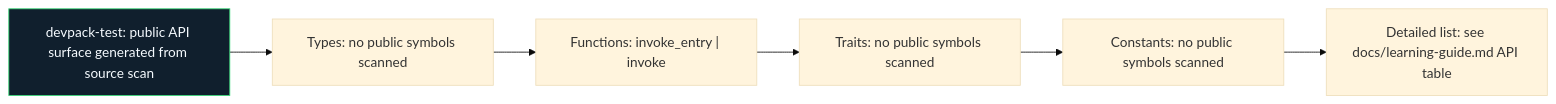
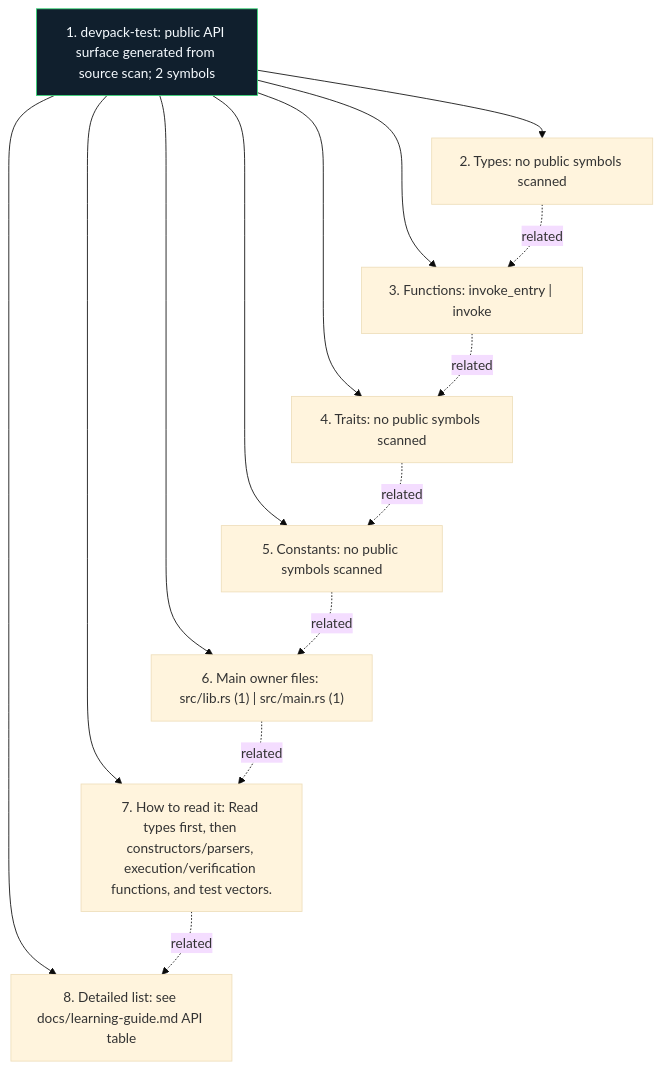
The diagram in examples/devpack-test/docs/figures/api-surface.mmd (r3e-network/neo-riscv-vm), drawn with Mermaid (base theme) before and after one commit. The commit also changed 571 other files, not shown here.

Commit message:
Deepen crate diagrams with source-aware atlas

```diff
--- a/examples/devpack-test/docs/figures/api-surface.mmd
+++ b/examples/devpack-test/docs/figures/api-surface.mmd
@@ -1,14 +1,24 @@
-flowchart LR
-    N1["devpack-test: public API surface generated from source scan"]
-    N2["Types: no public symbols scanned"]
-    N3["Functions: invoke_entry | invoke"]
-    N4["Traits: no public symbols scanned"]
-    N5["Constants: no public symbols scanned"]
-    N6["Detailed list: see docs/learning-guide.md API table"]
+flowchart TB
+    N1["1. devpack-test: public API surface generated from source scan; 2 symbols"]
+    N2["2. Types: no public symbols scanned"]
+    N3["3. Functions: invoke_entry | invoke"]
+    N4["4. Traits: no public symbols scanned"]
+    N5["5. Constants: no public symbols scanned"]
+    N6["6. Main owner files: src/lib.rs (1) | src/main.rs (1)"]
+    N7["7. How to read it: Read types first, then constructors/parsers, execution/verification functions, and test vectors."]
+    N8["8. Detailed list: see docs/learning-guide.md API table"]
     N1 --> N2
-    N2 --> N3
-    N3 --> N4
-    N4 --> N5
-    N5 --> N6
+    N1 --> N3
+    N1 --> N4
+    N1 --> N5
+    N1 --> N6
+    N1 --> N7
+    N1 --> N8
+    N2 -. related .-> N3
+    N3 -. related .-> N4
+    N4 -. related .-> N5
+    N5 -. related .-> N6
+    N6 -. related .-> N7
+    N7 -. related .-> N8
     classDef crate fill:#101f2d,stroke:#38d978,color:#f6fbff
     class N1 crate
```
